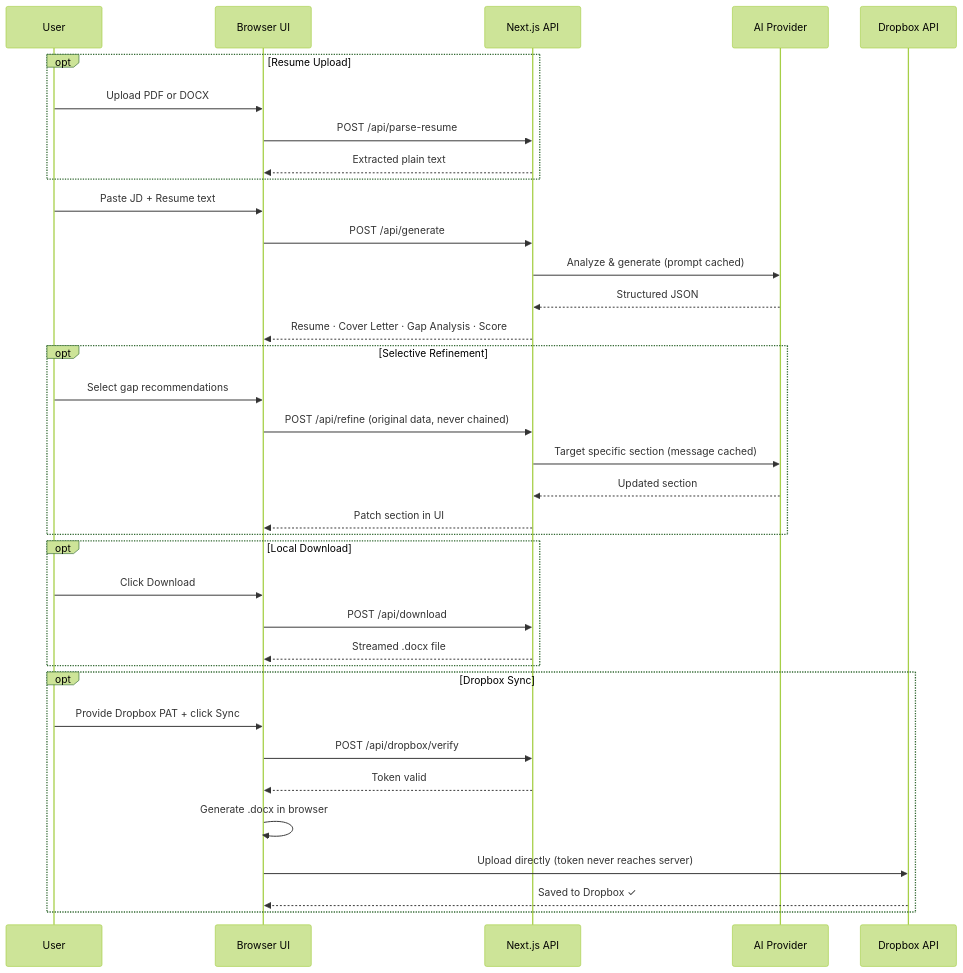
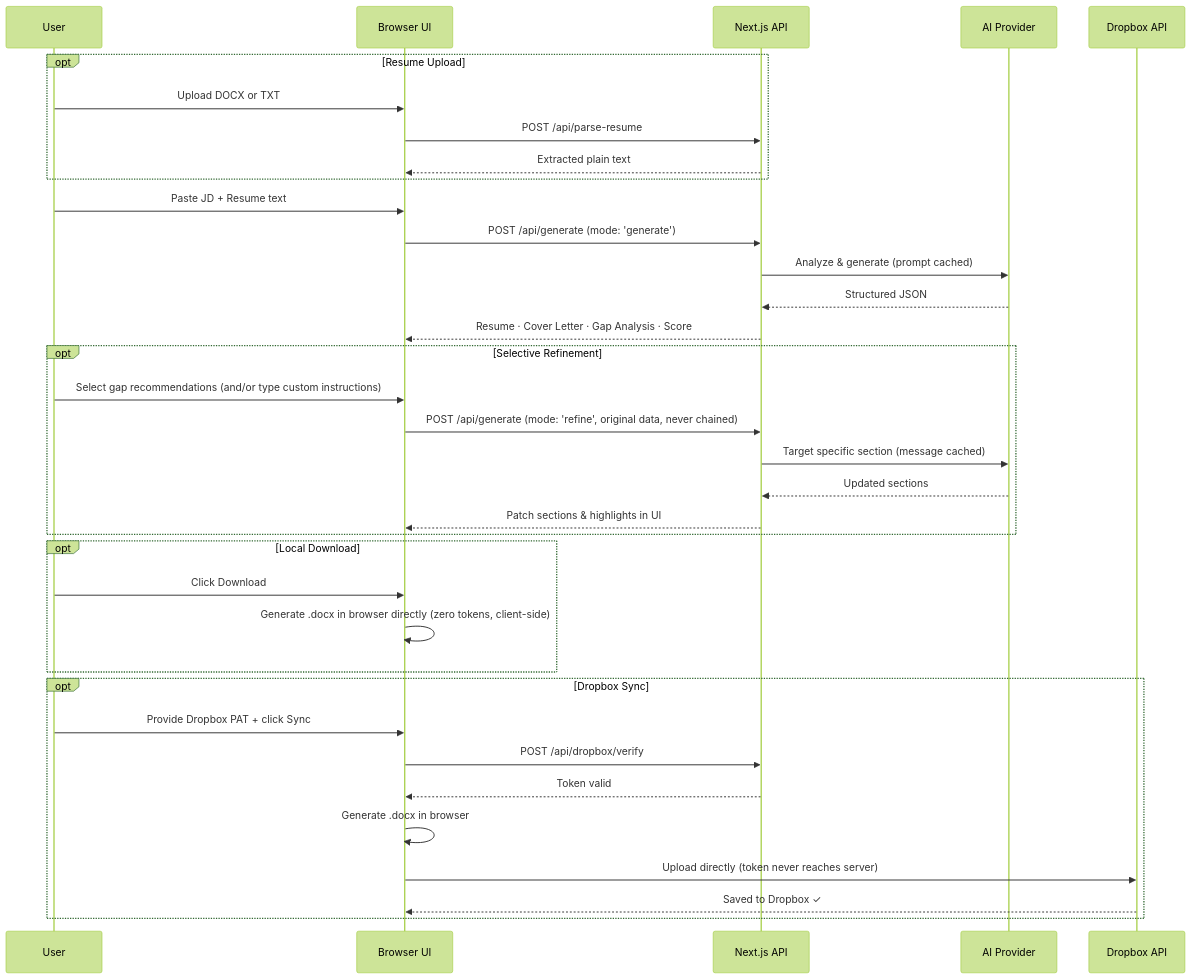
The first of 3 diagrams in README.md (hardikshukla/resume-builder), drawn with Mermaid (forest theme) before and after one commit. The commit also changed other lines of this file, not shown here.

Commit message:
docs: align README with actual file structure, API routes, and client-side download flow

````diff
--- a/README.md
+++ b/README.md
@@ -112,43 +110,42 @@
 ```mermaid
 sequenceDiagram
     participant U as User
     participant UI as Browser UI
     participant API as Next.js API
     participant LLM as AI Provider
     participant DBX as Dropbox API
 
     opt Resume Upload
-        U->>UI: Upload PDF or DOCX
+        U->>UI: Upload DOCX or TXT
         UI->>API: POST /api/parse-resume
         API-->>UI: Extracted plain text
     end
 
     U->>UI: Paste JD + Resume text
-    UI->>API: POST /api/generate
+    UI->>API: POST /api/generate (mode: 'generate')
     API->>LLM: Analyze & generate (prompt cached)
     LLM-->>API: Structured JSON
     API-->>UI: Resume · Cover Letter · Gap Analysis · Score
 
     opt Selective Refinement
-        U->>UI: Select gap recommendations
-        UI->>API: POST /api/refine (original data, never chained)
+        U->>UI: Select gap recommendations (and/or type custom instructions)
+        UI->>API: POST /api/generate (mode: 'refine', original data, never chained)
         API->>LLM: Target specific section (message cached)
-        LLM-->>API: Updated section
-        API-->>UI: Patch section in UI
+        LLM-->>API: Updated sections
+        API-->>UI: Patch sections & highlights in UI
     end
 
     opt Local Download
         U->>UI: Click Download
-        UI->>API: POST /api/download
-        API-->>UI: Streamed .docx file
+        UI->>UI: Generate .docx in browser directly (zero tokens, client-side)
     end
 
     opt Dropbox Sync
         U->>UI: Provide Dropbox PAT + click Sync
         UI->>API: POST /api/dropbox/verify
         API-->>UI: Token valid
         UI->>UI: Generate .docx in browser
         UI->>DBX: Upload directly (token never reaches server)
         DBX-->>UI: Saved to Dropbox ✓
     end
 ```
````
